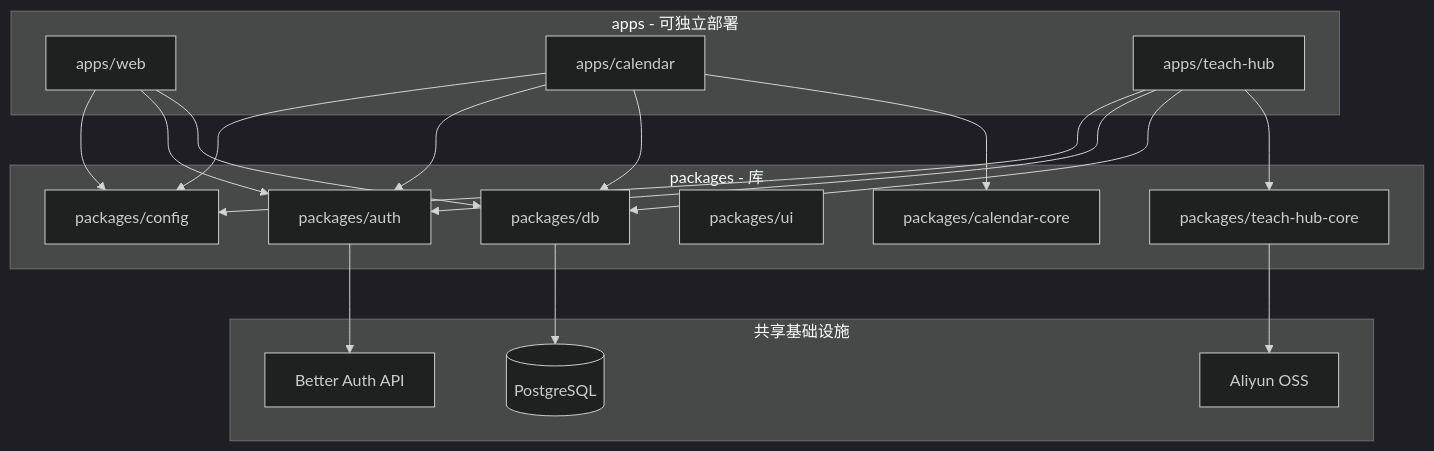
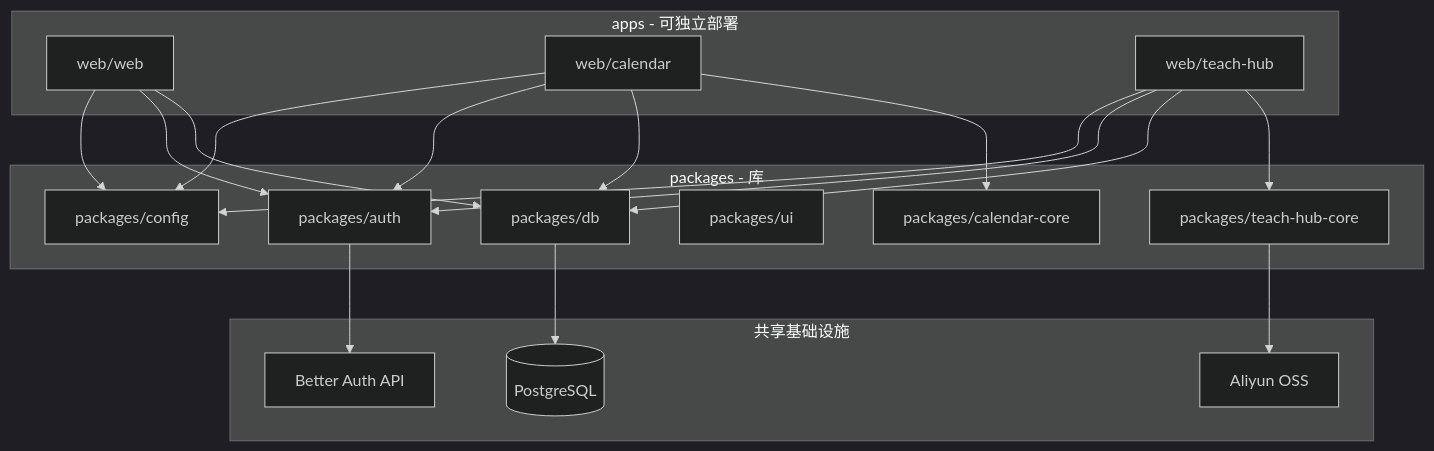
One commit to qxdqhr/profile-v1 changed the diagram in docs/monorepo-migration/ARCHITECTURE.md. Above: the diagram before and after it, drawn with Mermaid (dark theme). The commit also changed other lines of this file and 1666 other files, not shown here.

First line of the commit message:
refactor: rename apps/ to web/ and move *-shared into npm/

````diff
--- a/docs/monorepo-migration/ARCHITECTURE.md
+++ b/docs/monorepo-migration/ARCHITECTURE.md
@@ -5,39 +5,39 @@
 ```mermaid
 flowchart TB
   subgraph apps [apps - 可独立部署]
-    WEB[apps/web]
-    CAL[apps/calendar]
-    TH[apps/teach-hub]
+    WEB[web/web]
+    CAL[web/calendar]
+    TH[web/teach-hub]
   end
 
   subgraph packages [packages - 库]
     CFG[packages/config]
     AUTH[packages/auth]
     DB[packages/db]
     UI[packages/ui]
     CALC[packages/calendar-core]
     THC[packages/teach-hub-core]
   end
 
   subgraph infra [共享基础设施]
     PG[(PostgreSQL)]
     OSS[Aliyun OSS]
     AUTH_SVC[Better Auth API]
   end
 
   WEB --> CFG
   WEB --> AUTH
   WEB --> DB
   CAL --> CFG
   CAL --> AUTH
   CAL --> DB
   CAL --> CALC
   TH --> CFG
   TH --> AUTH
   TH --> DB
   TH --> THC
 
   DB --> PG
   THC --> OSS
   AUTH --> AUTH_SVC
 ```
````
